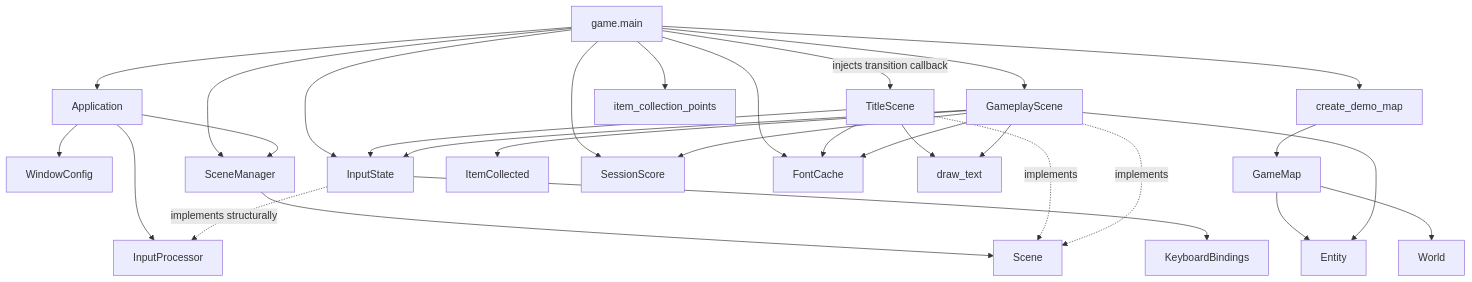
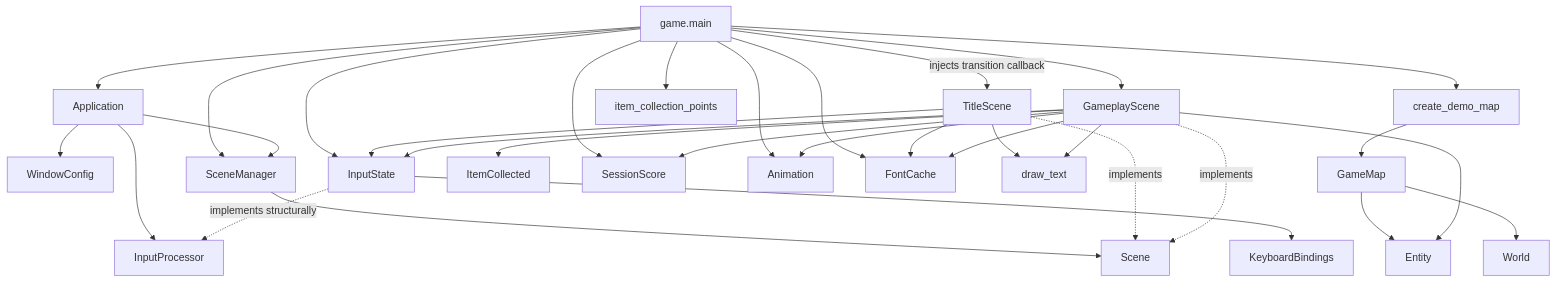
Before and after one commit to VincentMardon/my_first_adventure_game: the diagram in docs/architecture/overview.md, drawn with Mermaid. The commit also changed other lines of this file and 7 other files, not shown here.

````diff
--- a/docs/architecture/overview.md
+++ b/docs/architecture/overview.md
@@ -162,57 +162,60 @@
 ```mermaid
 flowchart TD
     GameMain["game.main"]
     Application["Application"]
     WindowConfig["WindowConfig"]
     InputProcessor["InputProcessor"]
     InputState["InputState"]
     KeyboardBindings["KeyboardBindings"]
     SceneManager["SceneManager"]
     Scene["Scene"]
     TitleScene["TitleScene"]
     GameplayScene["GameplayScene"]
     DemoMap["create_demo_map"]
     GameMap["GameMap"]
     World["World"]
     Entity["Entity"]
     ItemCollected["ItemCollected"]
     ItemCollectionPoints["item_collection_points"]
     SessionScore["SessionScore"]
+    Animation["Animation"]
     FontCache["FontCache"]
     DrawText["draw_text"]
 
     GameMain --> Application
     GameMain --> InputState
     GameMain --> SceneManager
     GameMain -->|"injects transition callback"| TitleScene
     GameMain --> GameplayScene
     GameMain --> DemoMap
     GameMain --> ItemCollectionPoints
     GameMain --> SessionScore
+    GameMain --> Animation
     GameMain --> FontCache
 
     DemoMap --> GameMap
     GameMap --> World
     GameMap --> Entity
 
     Application --> WindowConfig
     Application --> InputProcessor
     Application --> SceneManager
 
     TitleScene --> FontCache
     TitleScene --> DrawText
     TitleScene --> InputState
 
     GameplayScene --> InputState
     GameplayScene --> Entity
     GameplayScene --> ItemCollected
     GameplayScene --> SessionScore
+    GameplayScene --> Animation
     GameplayScene --> FontCache
     GameplayScene --> DrawText
 
     InputState -. "implements structurally" .-> InputProcessor
     InputState --> KeyboardBindings
     SceneManager --> Scene
     TitleScene -. "implements" .-> Scene
     GameplayScene -. "implements" .-> Scene
 ```
````
